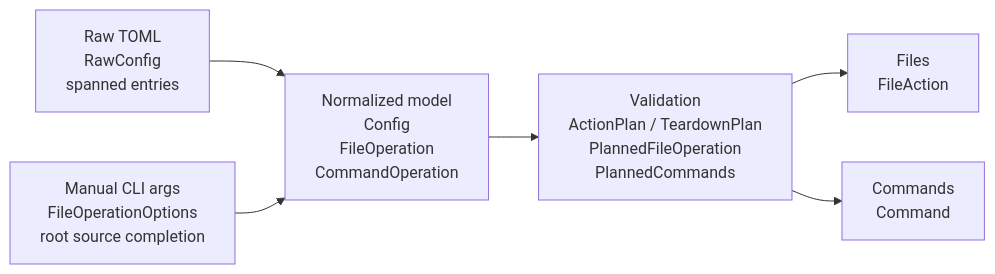
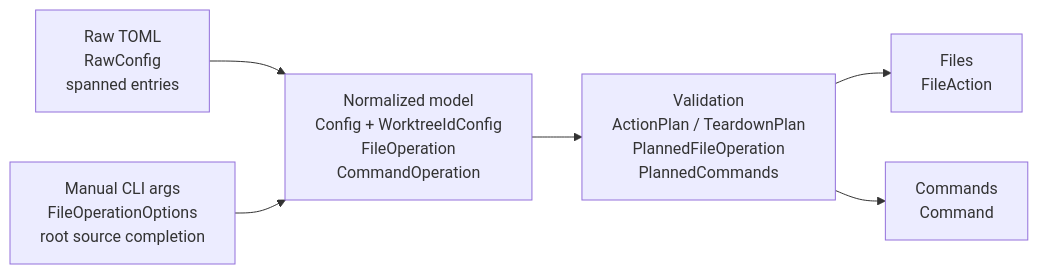
The fifth of 6 diagrams in docs/ARCHITECTURE.md (jimeh/treeboot), drawn with Mermaid before and after one commit. The commit also changed other lines of this file and 28 other files, not shown here.

````diff
--- a/docs/ARCHITECTURE.md
+++ b/docs/ARCHITECTURE.md
@@ -200,15 +205,15 @@
 ```mermaid
 flowchart LR
   TOML["Raw TOML<br/>RawConfig<br/>spanned entries"]
   CLI["Manual CLI args<br/>FileOperationOptions<br/>root source completion"]
-  MODEL["Normalized model<br/>Config<br/>FileOperation<br/>CommandOperation"]
+  MODEL["Normalized model<br/>Config + WorktreeIdConfig<br/>FileOperation<br/>CommandOperation"]
   VALID["Validation<br/>ActionPlan / TeardownPlan<br/>PlannedFileOperation<br/>PlannedCommands"]
   FILES["Files<br/>FileAction"]
   CMDS["Commands<br/>Command"]
 
   TOML --> MODEL
   CLI --> MODEL
   MODEL --> VALID
   VALID --> FILES
   VALID --> CMDS
 ```
````
